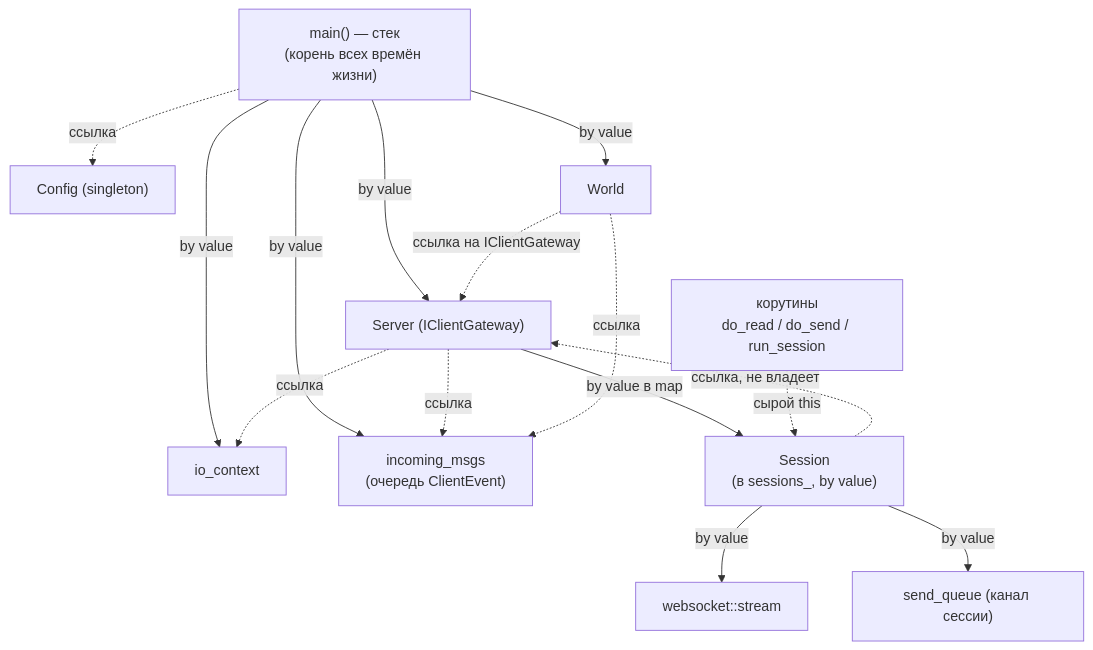
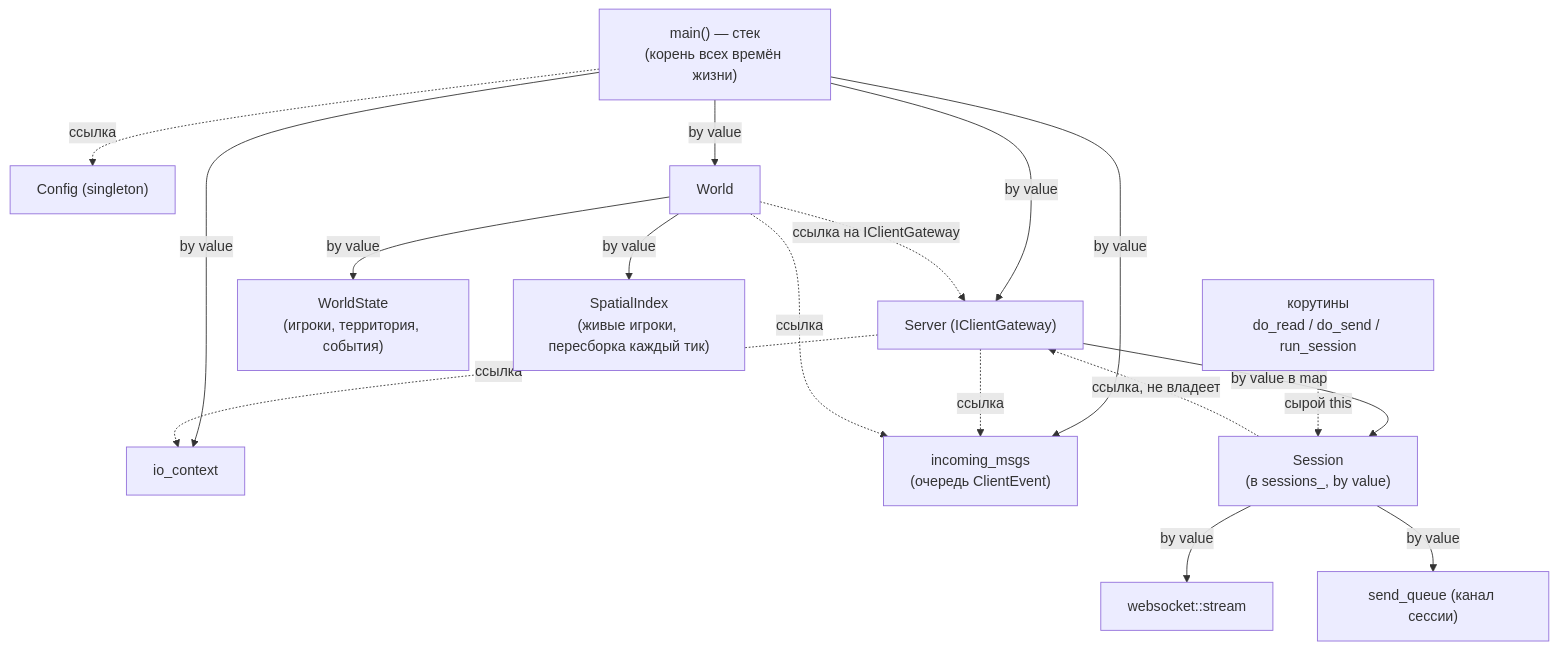
Before and after one commit to litcxx/Game: the diagram in server/docs/ownership-map.md, drawn with Mermaid. The commit also changed other lines of this file and 2 other files, not shown here.

Commit message:
docs(server): systems-over-data architecture, tick order, ownership
README gains the WorldState/systems/SpatialIndex/sync picture and the new
src/game layout; the tick flowchart shows the systems and the spatial index
step; the ownership map shows World owning WorldState and SpatialIndex.

````diff
--- a/server/docs/ownership-map.md
+++ b/server/docs/ownership-map.md
@@ -16,31 +16,35 @@
 ```mermaid
 flowchart TD
     main["main() — стек<br/>(корень всех времён жизни)"]
     cfg["Config (singleton)"]
     io["io_context"]
     q["incoming_msgs<br/>(очередь ClientEvent)"]
     srv["Server (IClientGateway)"]
     world["World"]
+    wstate["WorldState<br/>(игроки, территория, события)"]
+    sindex["SpatialIndex<br/>(живые игроки, пересборка каждый тик)"]
     sess["Session<br/>(в sessions_, by value)"]
     sock["websocket::stream"]
     ch["send_queue (канал сессии)"]
     coro["корутины<br/>do_read / do_send / run_session"]
 
     main -->|by value| io
     main -->|by value| q
     main -->|by value| srv
     main -->|by value| world
     main -.->|ссылка| cfg
 
     srv -->|by value в map| sess
     sess -->|by value| sock
     sess -->|by value| ch
     srv -.->|ссылка| q
     srv -.->|ссылка| io
 
+    world -->|by value| wstate
+    world -->|by value| sindex
     world -.->|ссылка| q
     world -.->|ссылка на IClientGateway| srv
 
     sess -.->|ссылка, не владеет| srv
     coro -.->|сырой this| sess
 ```
````
